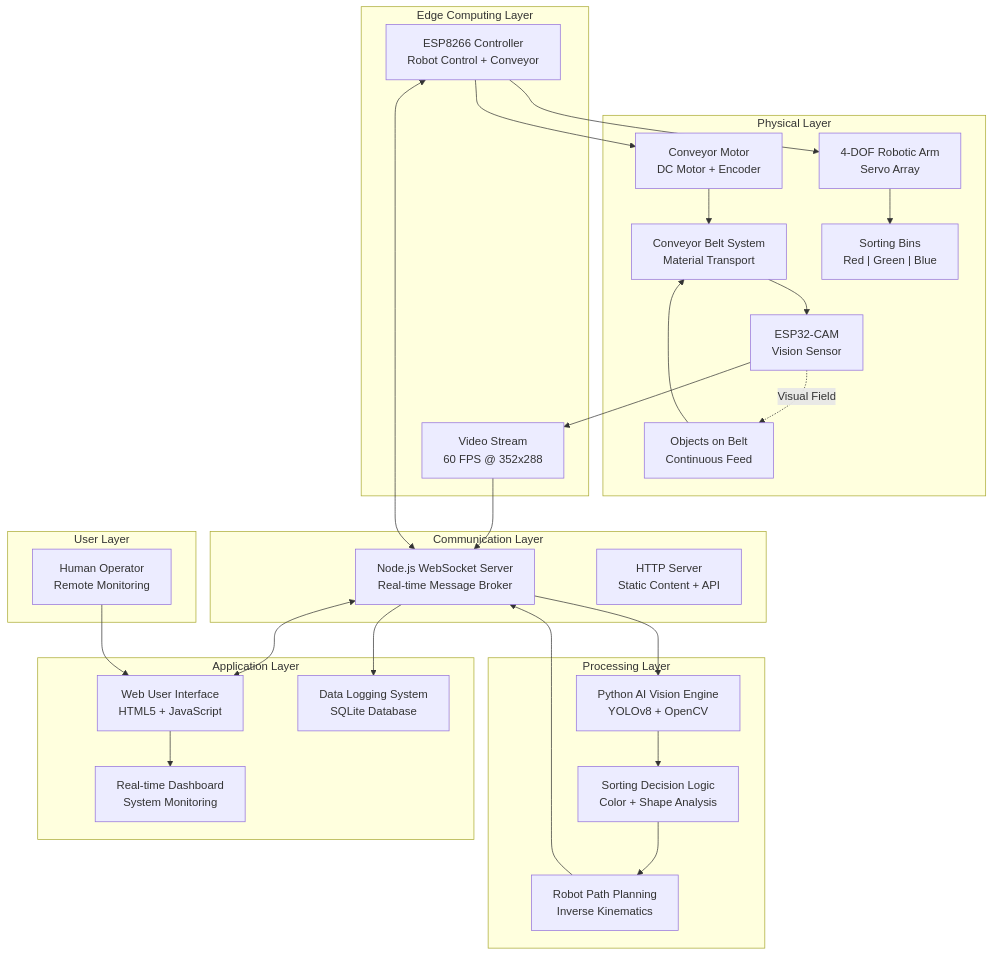
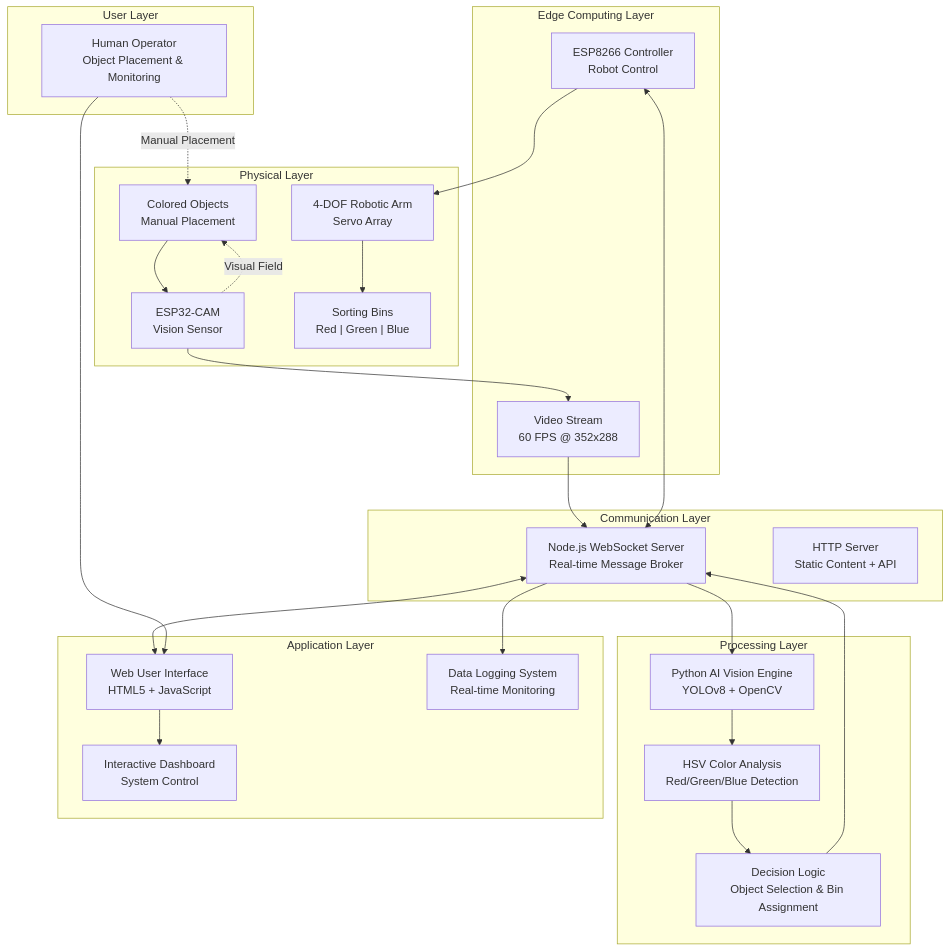
One commit to Red-misst/arm-robot-iot changed the first of 9 diagrams in README.md. Above: the diagram before and after it, drawn with Mermaid. The commit also changed other lines of this file and 7 other files, not shown here.

````diff
--- a/README.md
+++ b/README.md
@@ -52,60 +132,56 @@
 ```mermaid
 graph TB
     subgraph Physical ["Physical Layer"]
-        ConveyorMotor["Conveyor Motor<br/>DC Motor + Encoder"]
-        ConveyorBelt["Conveyor Belt System<br/>Material Transport"]
-        Objects["Objects on Belt<br/>Continuous Feed"]
+        Objects["Colored Objects<br/>Manual Placement"]
         ESP32CAM["ESP32-CAM<br/>Vision Sensor"]
         RoboticArm["4-DOF Robotic Arm<br/>Servo Array"]
         SortingBins["Sorting Bins<br/>Red | Green | Blue"]
         
-        Objects --> ConveyorBelt
-        ConveyorMotor --> ConveyorBelt
-        ConveyorBelt --> ESP32CAM
+        Objects --> ESP32CAM
         ESP32CAM -.->|Visual Field| Objects
         RoboticArm --> SortingBins
     end
     
     subgraph Edge ["Edge Computing Layer"]
-        ESP8266["ESP8266 Controller<br/>Robot Control + Conveyor"]
+        ESP8266["ESP8266 Controller<br/>Robot Control"]
         CameraStream["Video Stream<br/>60 FPS @ 352x288"]
         
         ESP32CAM --> CameraStream
-        ESP8266 --> ConveyorMotor
         ESP8266 --> RoboticArm
     end
     
     subgraph Communication ["Communication Layer"]
         WebSocketServer["Node.js WebSocket Server<br/>Real-time Message Broker"]
         HTTPServer["HTTP Server<br/>Static Content + API"]
         
         CameraStream --> WebSocketServer
         ESP8266 <--> WebSocketServer
     end
     
     subgraph Processing ["Processing Layer"]
         AIVision["Python AI Vision Engine<br/>YOLOv8 + OpenCV"]
-        DecisionEngine["Sorting Decision Logic<br/>Color + Shape Analysis"]
-        TrajectoryPlanner["Robot Path Planning<br/>Inverse Kinematics"]
+        ColorDetection["HSV Color Analysis<br/>Red/Green/Blue Detection"]
+        SortingLogic["Decision Logic<br/>Object Selection & Bin Assignment"]
         
         WebSocketServer --> AIVision
-        AIVision --> DecisionEngine
-        DecisionEngine --> TrajectoryPlanner
-        TrajectoryPlanner --> WebSocketServer
+        AIVision --> ColorDetection
+        ColorDetection --> SortingLogic
+        SortingLogic --> WebSocketServer
     end
     
     subgraph Application ["Application Layer"]
         WebUI["Web User Interface<br/>HTML5 + JavaScript"]
-        DataLogger["Data Logging System<br/>SQLite Database"]
-        Dashboard["Real-time Dashboard<br/>System Monitoring"]
+        DataLogger["Data Logging System<br/>Real-time Monitoring"]
+        Dashboard["Interactive Dashboard<br/>System Control"]
         
         WebSocketServer <--> WebUI
         WebSocketServer --> DataLogger
         WebUI --> Dashboard
     end
     
     subgraph User ["User Layer"]
-        Operator["Human Operator<br/>Remote Monitoring"]
+        Operator["Human Operator<br/>Object Placement & Monitoring"]
         Operator --> WebUI
+        Operator -.->|Manual Placement| Objects
     end
 ```
````
